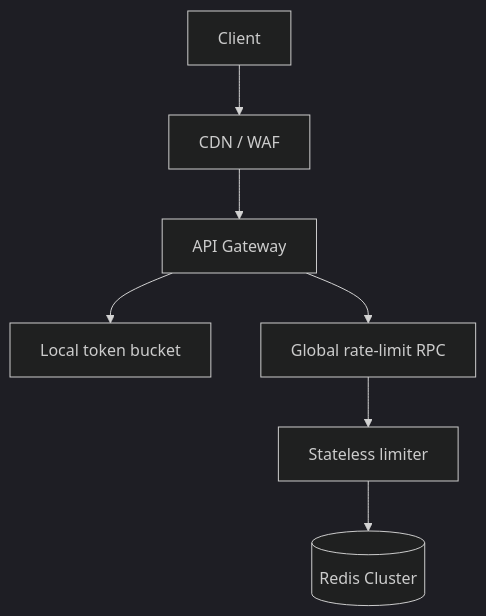
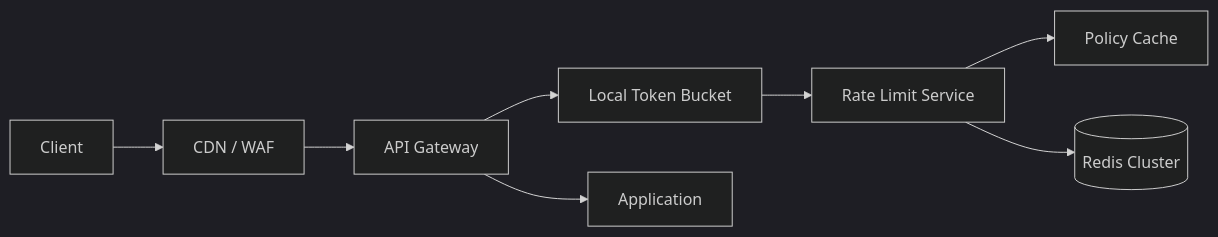
The first of 6 diagrams in src/content/system-design/rate-limiter.md (AvadhBhalodiya/Interview-Preparation), drawn with Mermaid (dark theme) before and after one commit. The commit also changed other lines of this file and 54 other files, not shown here.

````diff
--- a/src/content/system-design/rate-limiter.md
+++ b/src/content/system-design/rate-limiter.md
@@ -22,9 +26,10 @@
 ```mermaid
-flowchart TD
-    CLIENT[Client] --> EDGE["CDN / WAF"]
-    EDGE --> GW[API Gateway]
-    GW --> BUCKET[Local token bucket]
-    GW --> RPC[Global rate-limit RPC]
-    RPC --> LIMITER[Stateless limiter]
-    LIMITER --> REDIS[(Redis Cluster)]
+flowchart LR
+    C[Client] --> E[CDN / WAF]
+    E --> G[API Gateway]
+    G --> L[Local Token Bucket]
+    L --> R[Rate Limit Service]
+    R --> P[Policy Cache]
+    R --> D[(Redis Cluster)]
+    G --> A[Application]
 ```
````
